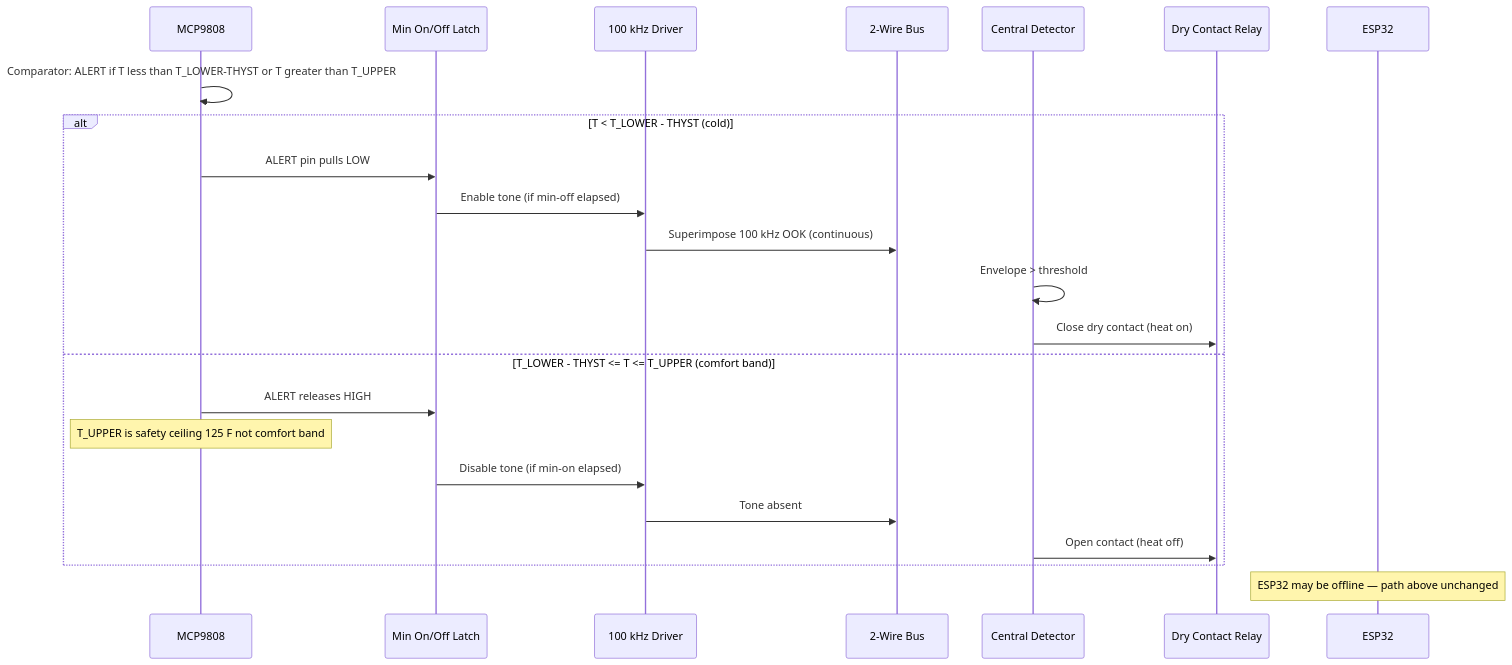
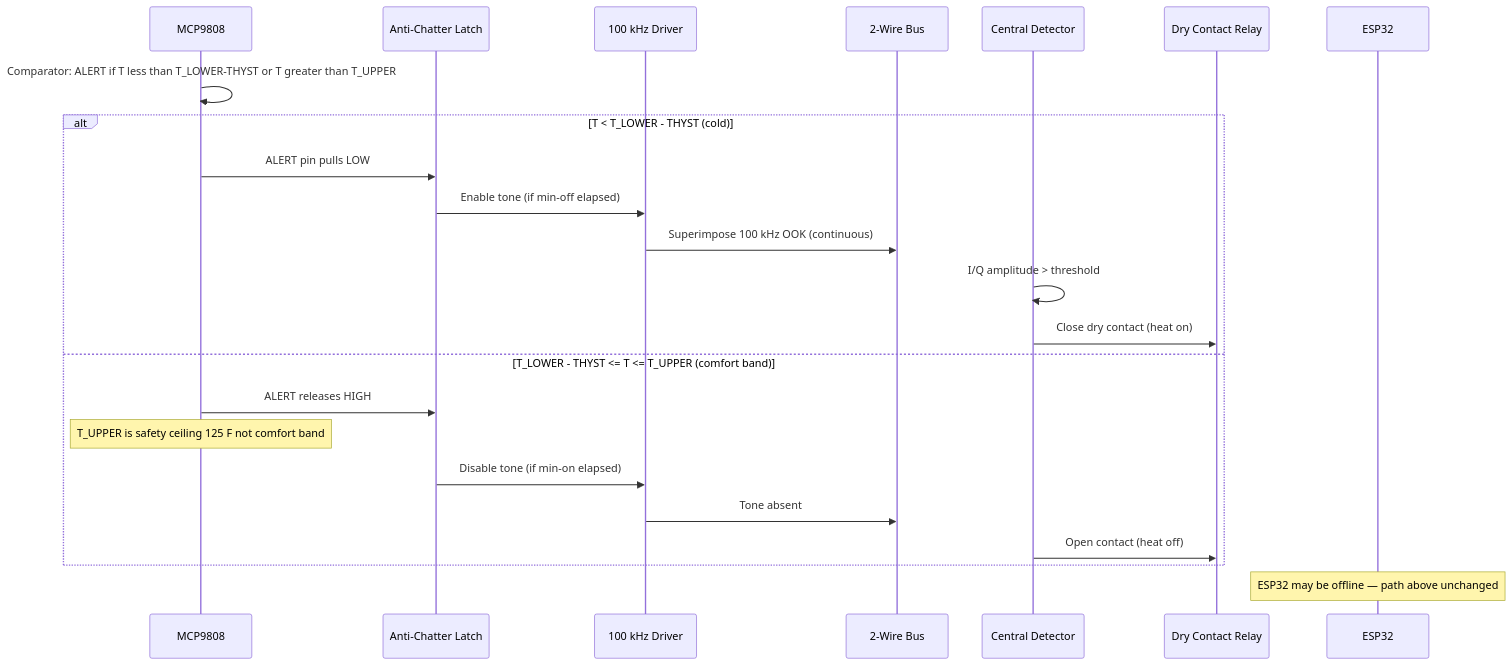
One commit to greydigger/thermostat changed the second of 5 diagrams in DESIGN.md. Above: the diagram before and after it, drawn with Mermaid. The commit also changed other lines of this file, not shown here.

First line of the commit message:
docs: revise design — 6 zones, bus-only, I/Q detector, 15–30s latch, knob display

````diff
--- a/DESIGN.md
+++ b/DESIGN.md
@@ -129,26 +126,26 @@
 ```mermaid
 sequenceDiagram
     participant Temp as MCP9808
-    participant Latch as Min On/Off Latch
+    participant Latch as Anti-Chatter Latch
     participant OSC as 100 kHz Driver
     participant Bus as 2-Wire Bus
     participant Cent as Central Detector
     participant RLY as Dry Contact Relay
 
     Temp->>Temp: Comparator: ALERT if T less than T_LOWER-THYST or T greater than T_UPPER
     alt T < T_LOWER - THYST (cold)
         Temp->>Latch: ALERT pin pulls LOW
         Latch->>OSC: Enable tone (if min-off elapsed)
         OSC->>Bus: Superimpose 100 kHz OOK (continuous)
-        Cent->>Cent: Envelope > threshold
+        Cent->>Cent: I/Q amplitude > threshold
         Cent->>RLY: Close dry contact (heat on)
     else T_LOWER - THYST <= T <= T_UPPER (comfort band)
         Temp->>Latch: ALERT releases HIGH
         Note over Temp: T_UPPER is safety ceiling 125 F not comfort band
         Latch->>OSC: Disable tone (if min-on elapsed)
         OSC->>Bus: Tone absent
         Cent->>RLY: Open contact (heat off)
     end
 
     Note over ESP32: ESP32 may be offline — path above unchanged
 ```
````
